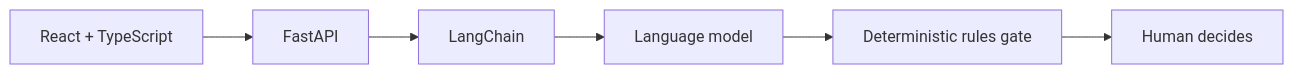
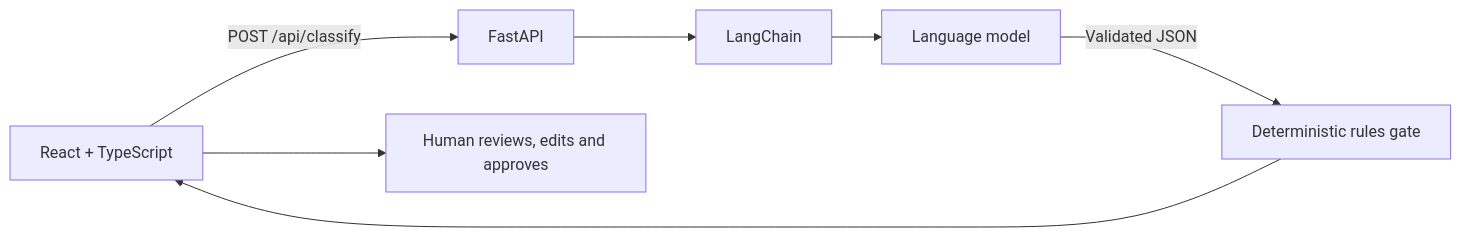
One commit to TomasVallas/tenant-request-classifier changed the diagram in README.md. Above: the diagram before and after it, drawn with Mermaid. The commit also changed other lines of this file and 1 other file, not shown here.

Commit message:
docs: complete README and architecture guide

````diff
--- a/README.md
+++ b/README.md
@@ -29,8 +57,9 @@
 ```mermaid
 flowchart LR
-    A[React + TypeScript] --> B[FastAPI]
+    A[React + TypeScript] -->|POST /api/classify| B[FastAPI]
     B --> C[LangChain]
     C --> D[Language model]
-    D --> E[Deterministic rules gate]
-    E --> F[Human decides]
+    D -->|Validated JSON| E[Deterministic rules gate]
+    E --> A
+    A --> F[Human reviews, edits and approves]
 ```
````
